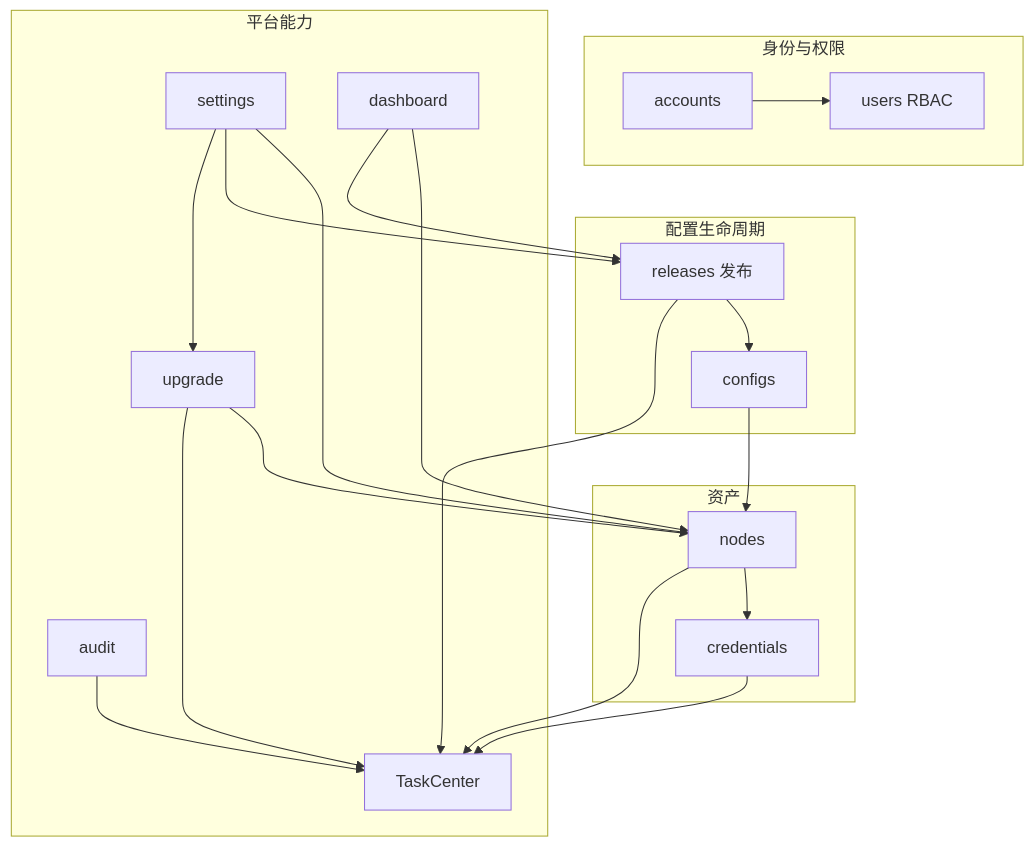
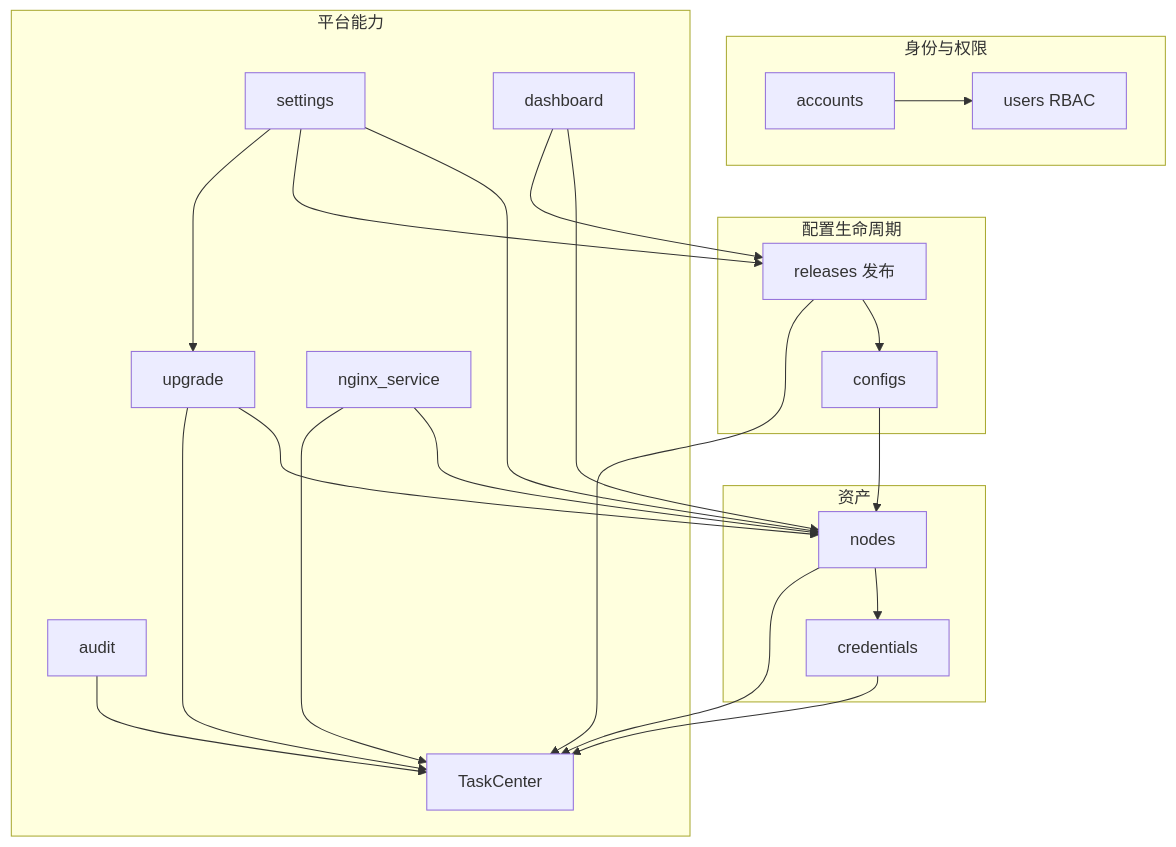
One commit to zerotocode398/mngxops changed the diagram in docs/00-overview.md. Above: the diagram before and after it, drawn with Mermaid. The commit also changed other lines of this file and 22 other files, not shown here.

````diff
--- a/docs/00-overview.md
+++ b/docs/00-overview.md
@@ -62,37 +63,40 @@
 ```mermaid
 flowchart TB
   subgraph identity [身份与权限]
     Accounts[accounts]
     Users[users RBAC]
   end
   subgraph inventory [资产]
     Nodes[nodes]
     Creds[credentials]
   end
   subgraph configLife [配置生命周期]
     Configs[configs]
     Releases[releases 发布]
   end
   subgraph platform [平台能力]
     Upgrade[upgrade]
+    NginxService[nginx_service]
     Settings[settings]
     Audit[audit]
     Dashboard[dashboard]
     TC[TaskCenter]
   end
   Accounts --> Users
   Nodes --> Creds
   Configs --> Nodes
   Releases --> Configs
   Releases --> TC
   Upgrade --> Nodes
   Upgrade --> TC
+  NginxService --> Nodes
+  NginxService --> TC
   Nodes --> TC
   Creds --> TC
   Audit --> TC
   Dashboard --> Nodes
   Dashboard --> Releases
   Settings --> Nodes
   Settings --> Releases
   Settings --> Upgrade
 ```
````
